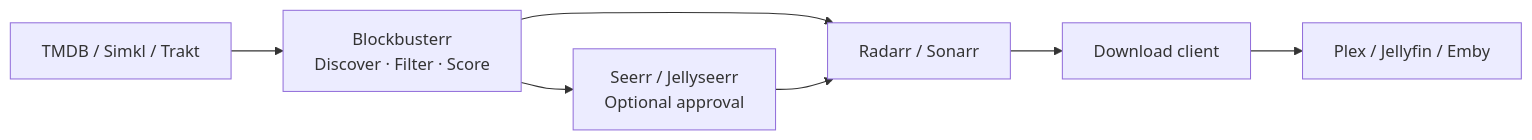
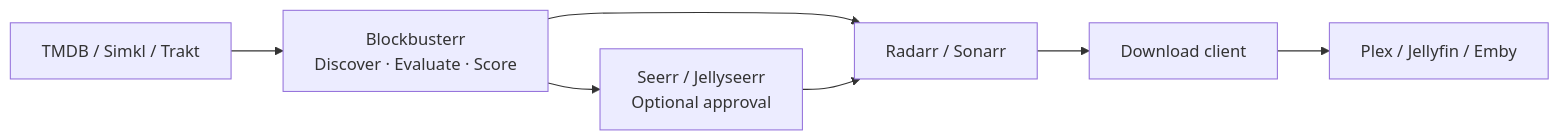
One commit to Mahcks/blockbusterr changed the diagram in README.md. Above: the diagram before and after it, drawn with Mermaid. The commit also changed other lines of this file and 57 other files, not shown here.

````diff
--- a/README.md
+++ b/README.md
@@ -19,9 +21,9 @@
 ```mermaid
 flowchart LR
-    A[TMDB / Simkl / Trakt] --> B[Blockbusterr<br/>Discover · Filter · Score]
+    A[TMDB / Simkl / Trakt] --> B[Blockbusterr<br/>Discover · Evaluate · Score]
     B --> C[Radarr / Sonarr]
     B --> D[Seerr / Jellyseerr<br/>Optional approval]
     D --> C
     C --> E[Download client]
     E --> F[Plex / Jellyfin / Emby]
 ```
````
